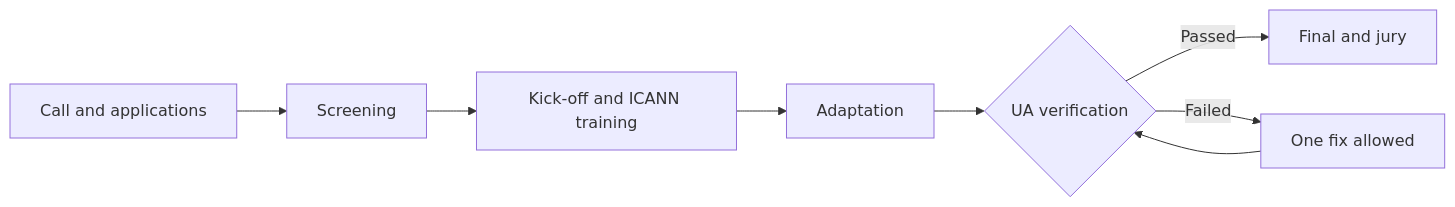
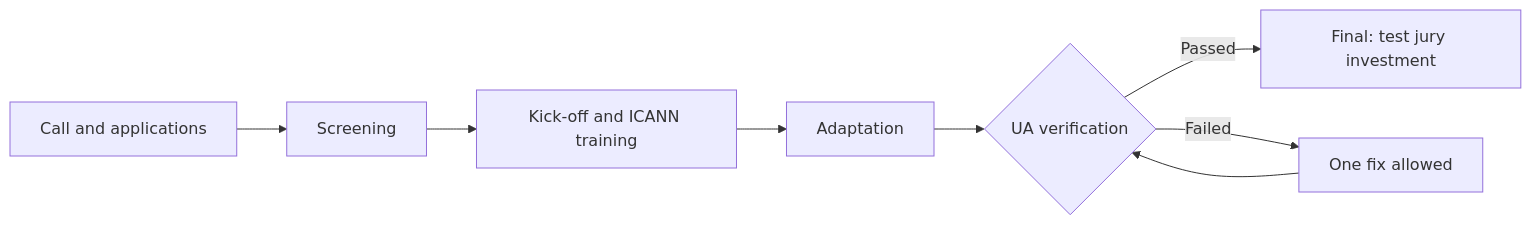
One commit to furkan-brk/ua-hazir-turkiye changed the diagram in docs/program.en.md. Above: the diagram before and after it, drawn with Mermaid. The commit also changed other lines of this file and 43 other files, not shown here.

````diff
--- a/docs/program.en.md
+++ b/docs/program.en.md
@@ -23,10 +23,10 @@
 ```mermaid
 flowchart LR
     A[Call and applications] --> B[Screening]
     B --> C[Kick-off and ICANN training]
     C --> D[Adaptation]
     D --> E{UA verification}
-    E -- Passed --> F[Final and jury]
+    E -- Passed --> F[Final: test jury investment]
     E -- Failed --> G[One fix allowed]
     G --> E
 ```
````
